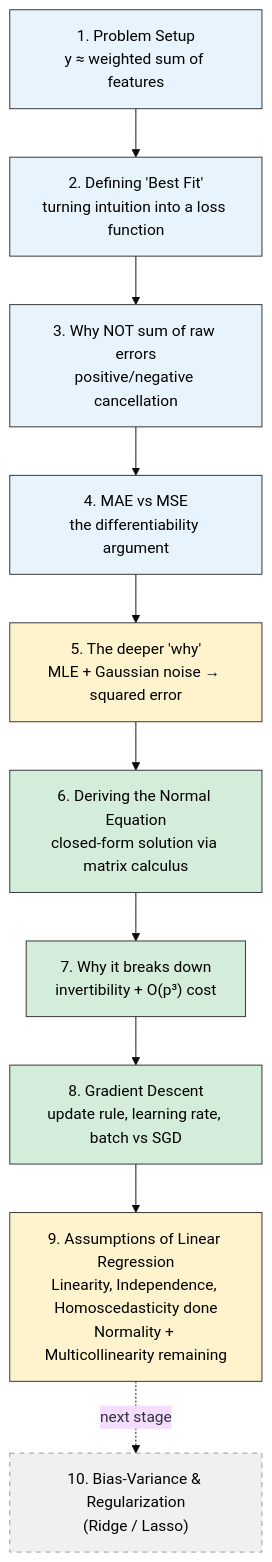
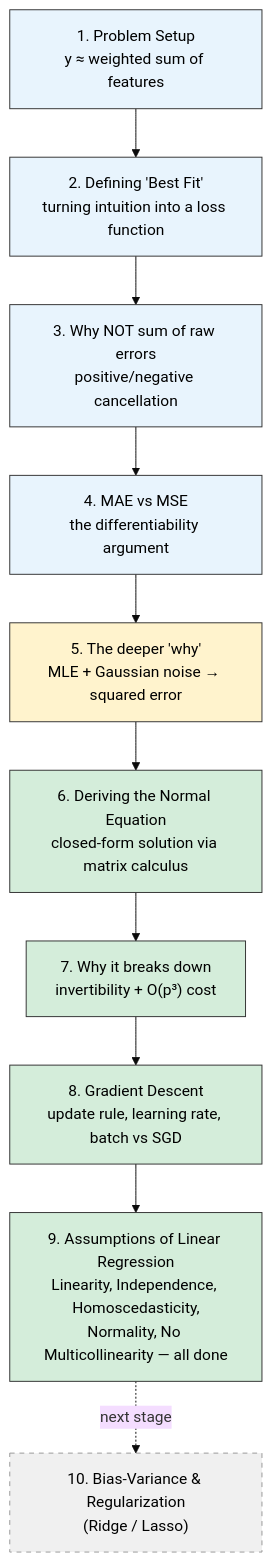
Before and after one commit to AyushDevadiga1/Machine-Learning: the diagram in linear-regression/01_linear_regression_deep_dive.md, drawn with Mermaid (base theme). The commit also changed other lines of this file, not shown here.

Commit message:
Updates : Assumptions and Tests done to evaluate a linear model

````diff
--- a/linear-regression/01_linear_regression_deep_dive.md
+++ b/linear-regression/01_linear_regression_deep_dive.md
@@ -9,23 +9,23 @@
 ```mermaid
 flowchart TD
     A["1. Problem Setup<br/>y ≈ weighted sum of features"] --> B["2. Defining 'Best Fit'<br/>turning intuition into a loss function"]
     B --> C["3. Why NOT sum of raw errors<br/>positive/negative cancellation"]
     C --> D["4. MAE vs MSE<br/>the differentiability argument"]
     D --> E["5. The deeper 'why'<br/>MLE + Gaussian noise → squared error"]
     E --> F["6. Deriving the Normal Equation<br/>closed-form solution via matrix calculus"]
     F --> G["7. Why it breaks down<br/>invertibility + O(p³) cost"]
     G --> H["8. Gradient Descent<br/>update rule, learning rate, batch vs SGD"]
-    H --> I["9. Assumptions of Linear Regression<br/>Linearity, Independence, Homoscedasticity done<br/>Normality + Multicollinearity remaining"]
+    H --> I["9. Assumptions of Linear Regression<br/>Linearity, Independence, Homoscedasticity,<br/>Normality, No Multicollinearity — all done"]
     I -.->|"next stage"| J["10. Bias-Variance & Regularization<br/>(Ridge / Lasso)"]
 
     style A fill:#e8f4fd,stroke:#333,color:#000
     style B fill:#e8f4fd,stroke:#333,color:#000
     style C fill:#e8f4fd,stroke:#333,color:#000
     style D fill:#e8f4fd,stroke:#333,color:#000
     style E fill:#fff3cd,stroke:#333,color:#000
     style F fill:#d4edda,stroke:#333,color:#000
     style G fill:#d4edda,stroke:#333,color:#000
     style H fill:#d4edda,stroke:#333,color:#000
-    style I fill:#fff3cd,stroke:#333,color:#000
+    style I fill:#d4edda,stroke:#333,color:#000
     style J fill:#f0f0f0,stroke:#999,stroke-dasharray: 5 5,color:#000
 ```
````
